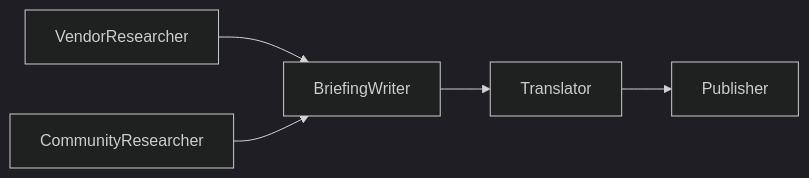
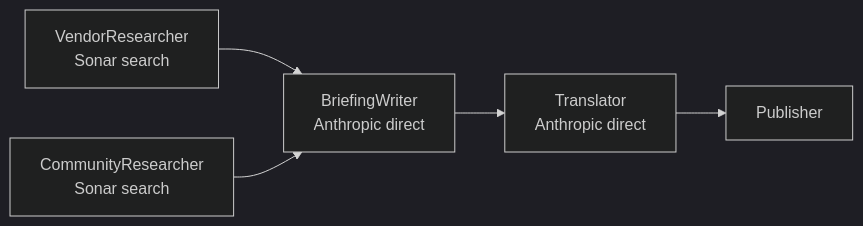
The fourth of 12 diagrams in README.md (kobyal/ai-news-briefing), drawn with Mermaid (dark theme) before and after one commit. The commit also changed other lines of this file and 3 other files, not shown here.

````diff
--- a/README.md
+++ b/README.md
@@ -207,7 +244,7 @@
 ```mermaid
 flowchart LR
-    A["VendorResearcher"] --> C["BriefingWriter"]
-    B["CommunityResearcher"] --> C
-    C --> D["Translator"]
-    D --> E["Publisher"]
+    A[VendorResearcher<br/>Sonar search] --> C[BriefingWriter<br/>Anthropic direct]
+    B[CommunityResearcher<br/>Sonar search] --> C
+    C --> D[Translator<br/>Anthropic direct]
+    D --> E[Publisher]
 ```
````
